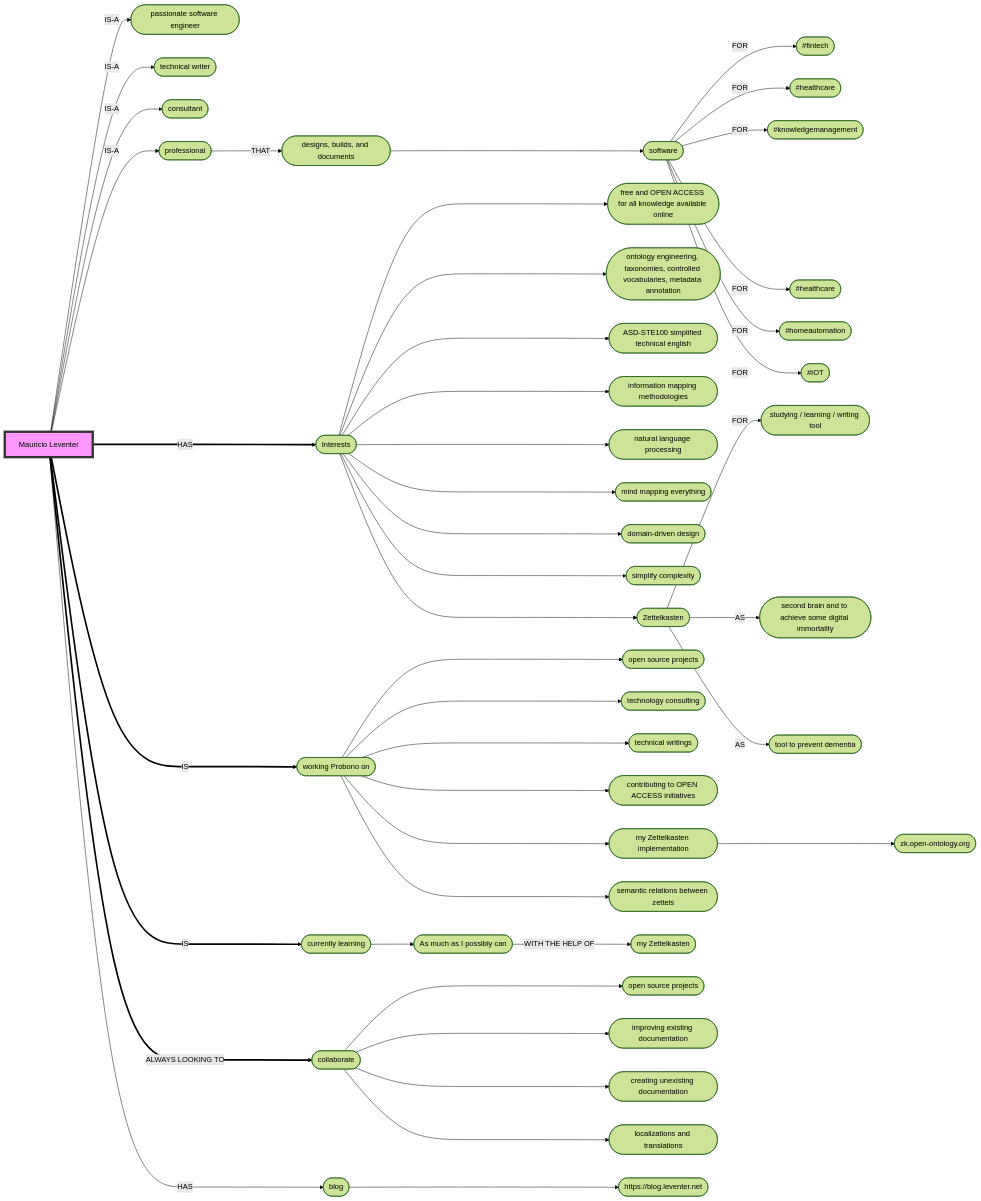
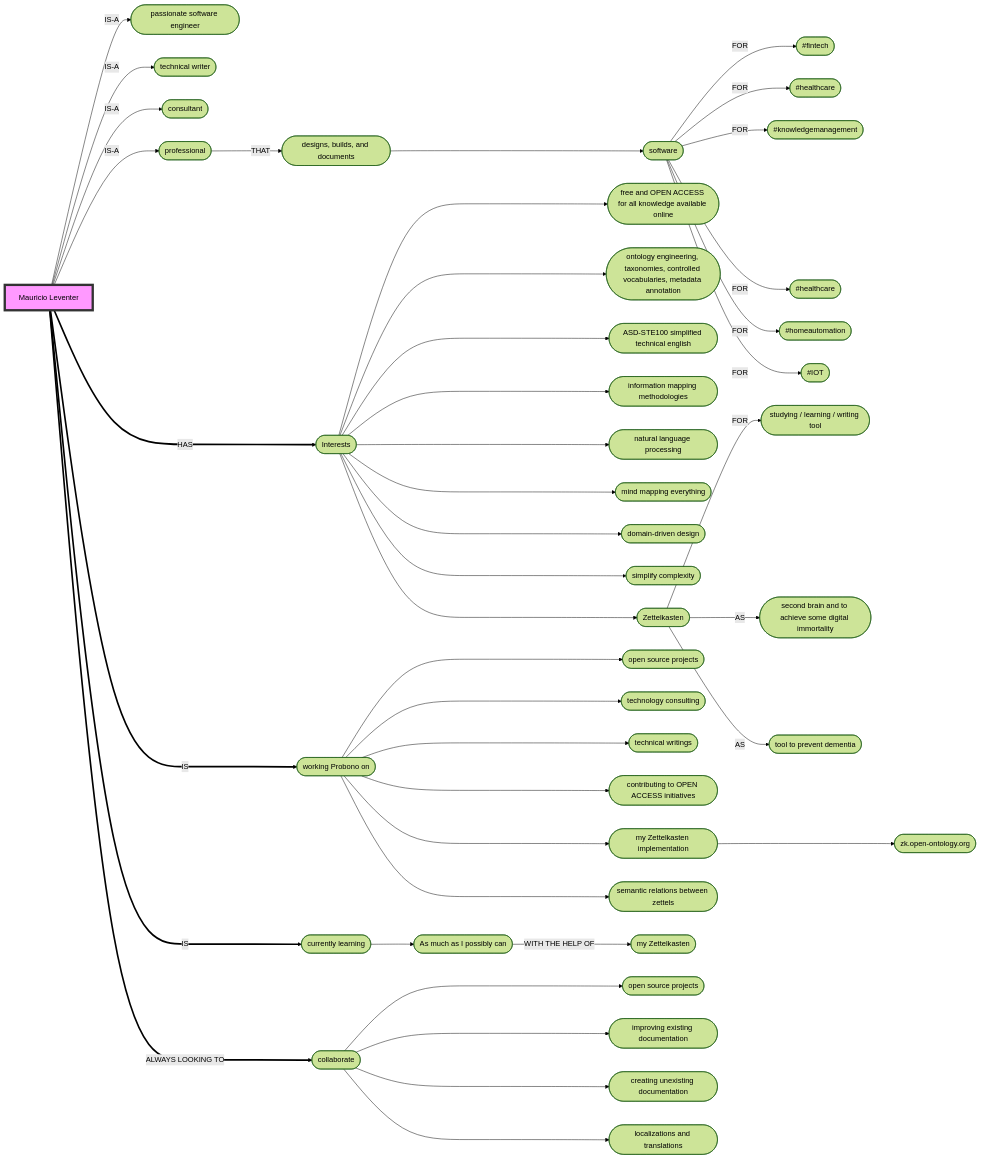
One commit to mleventer/mleventer changed the diagram in README.md. Above: the diagram before and after it, drawn with Mermaid (forest theme).

````diff
--- a/README.md
+++ b/README.md
@@ -21,47 +21,45 @@
 ```mermaid
 flowchart LR
     A[Mauricio Leventer] -->|IS-A| A2([passionate software engineer])
     A -->|IS-A| A3([technical writer])
     A -->|IS-A| A4([consultant])
     A -->|IS-A| AA([professional])
     AA -->|THAT| A5([designs, builds, and documents])
     A5 ---> A6([software])
     A6 -->|FOR| A7([#fintech])
     A6 -->|FOR| A8([#healthcare])
     A6 -->|FOR| A9([#knowledgemanagement])
     A6 -->|FOR| A10([#healthcare])
     A6 -->|FOR| A11([#homeautomation])
     A6 -->|FOR| A12([#IOT])    
     A ===>|HAS| B([Interests])
     B ---> I1([free and OPEN ACCESS for all knowledge available online])
     B ---> I3([ontology engineering, taxonomies, controlled vocabularies, metadata annotation])
     B ---> I4([ASD-STE100 simplified technical english])
     B ---> I5([information mapping methodologies])
     B ---> I6([natural language processing])
     B ---> I7([mind mapping everything]) 
     B ---> I8([domain-driven design]) 
     B ---> I9([simplify complexity]) 
     B ---> J([Zettelkasten])
     J -->|FOR| J1([studying / learning / writing tool]) 
     J -->|AS| J2([second brain and to achieve some digital immortality]) 
     J -->|AS| J3([tool to prevent dementia])
     A ===>|IS| C([working Probono on])
     C ---> C1([open source projects])
     C ---> C2([technology consulting])
     C ---> C3([technical writings])
     C ---> C4([contributing to OPEN ACCESS initiatives])
     C ---> H([my Zettelkasten implementation])
     H ---> H1([zk.open-ontology.org])
     C ---> H2([semantic relations between zettels])
     A ===>|IS| D([currently learning])
     D --> D1([As much as I possibly can])
     D1 -->|WITH THE HELP OF| D2([my Zettelkasten])
     A ===>|ALWAYS LOOKING TO|E([collaborate])
     E ---> E1([open source projects])
     E ---> E2([improving existing documentation])
     E ---> E3([creating unexisting documentation])
     E ---> E4([localizations and translations])
-    A --->|HAS| F([blog])
-    F ---> F1([https://blog.leventer.net])
     style A fill:#f9f,stroke:#333,stroke-width:5px
 ```
````
